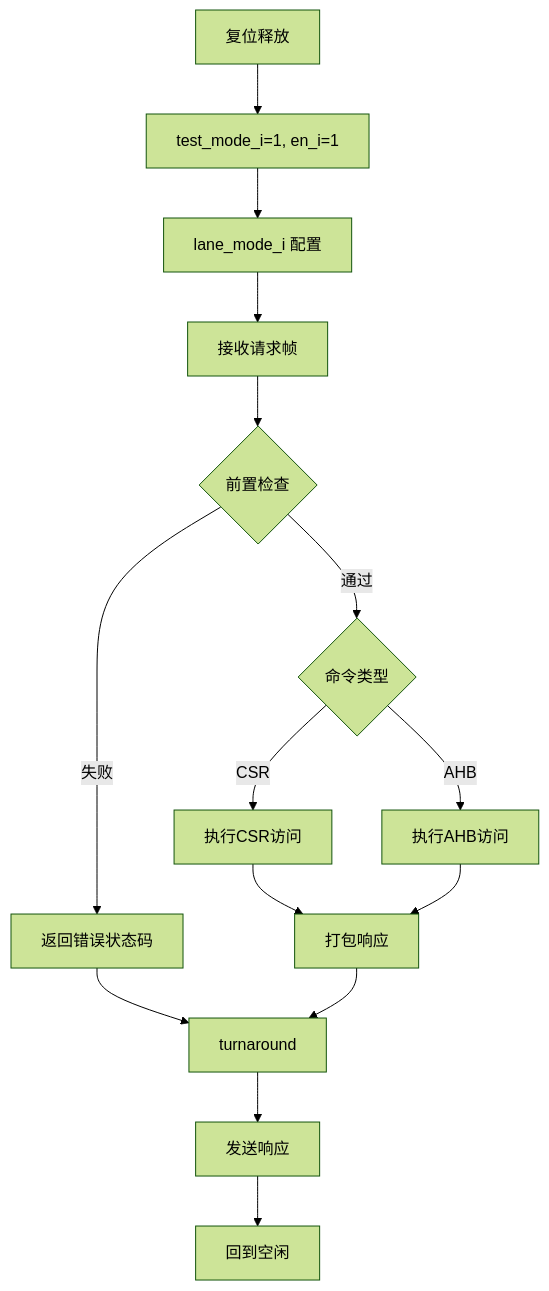
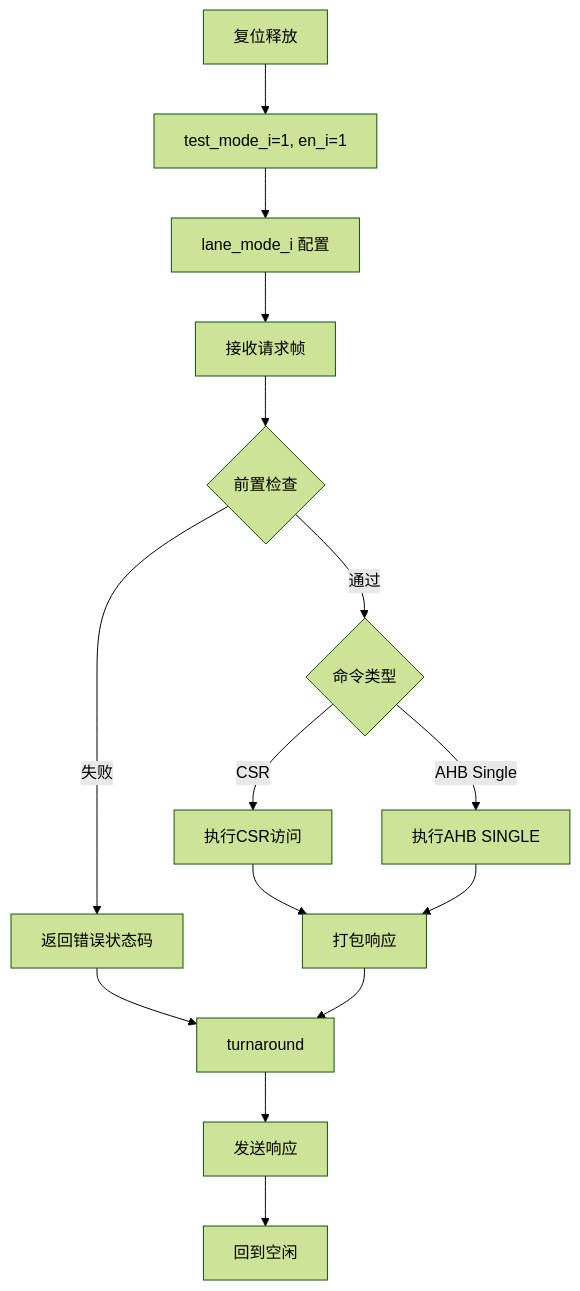
One commit to changchang6/ai_cc_rtm_gen changed the fourth of 7 diagrams in APLC LRS.md. Above: the diagram before and after it, drawn with Mermaid (forest theme). The commit also changed other lines of this file and 6 other files, not shown here.

````diff
--- a/APLC LRS.md
+++ b/APLC LRS.md
@@ -1116,17 +1666,17 @@
 ```mermaid
 flowchart TD
     A[复位释放] --> B[test_mode_i=1, en_i=1]
     B --> C[lane_mode_i 配置]
     C --> D[接收请求帧]
     D --> E{前置检查}
     E -->|通过| F{命令类型}
     E -->|失败| G[返回错误状态码]
     F -->|CSR| H[执行CSR访问]
-    F -->|AHB| I[执行AHB访问]
+    F -->|AHB Single| I[执行AHB SINGLE]
     H --> J[打包响应]
     I --> J
     G --> K[turnaround]
     J --> K
     K --> L[发送响应]
     L --> M[回到空闲]
 ```
````
